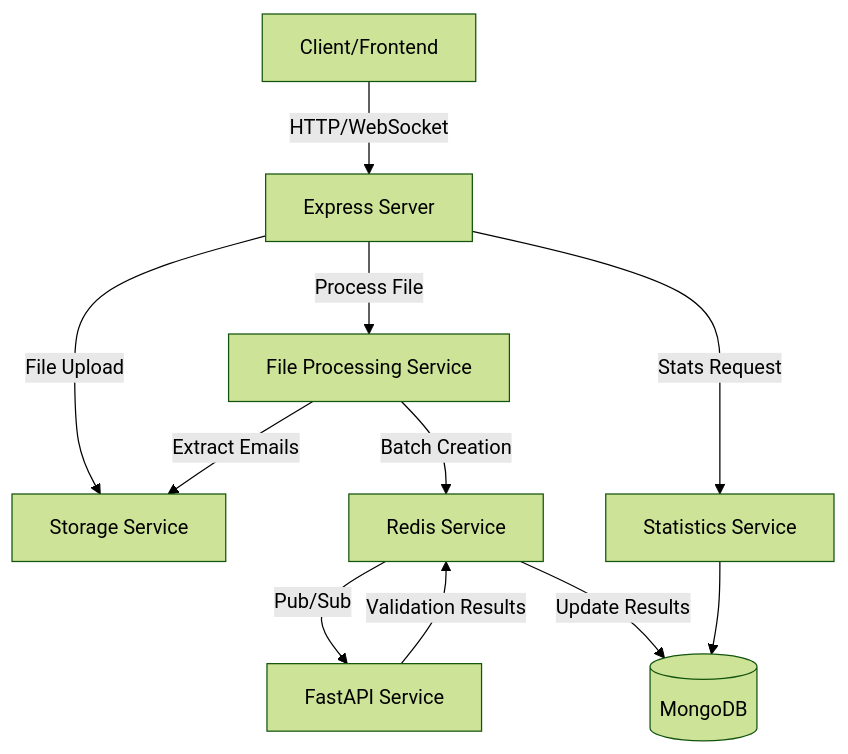
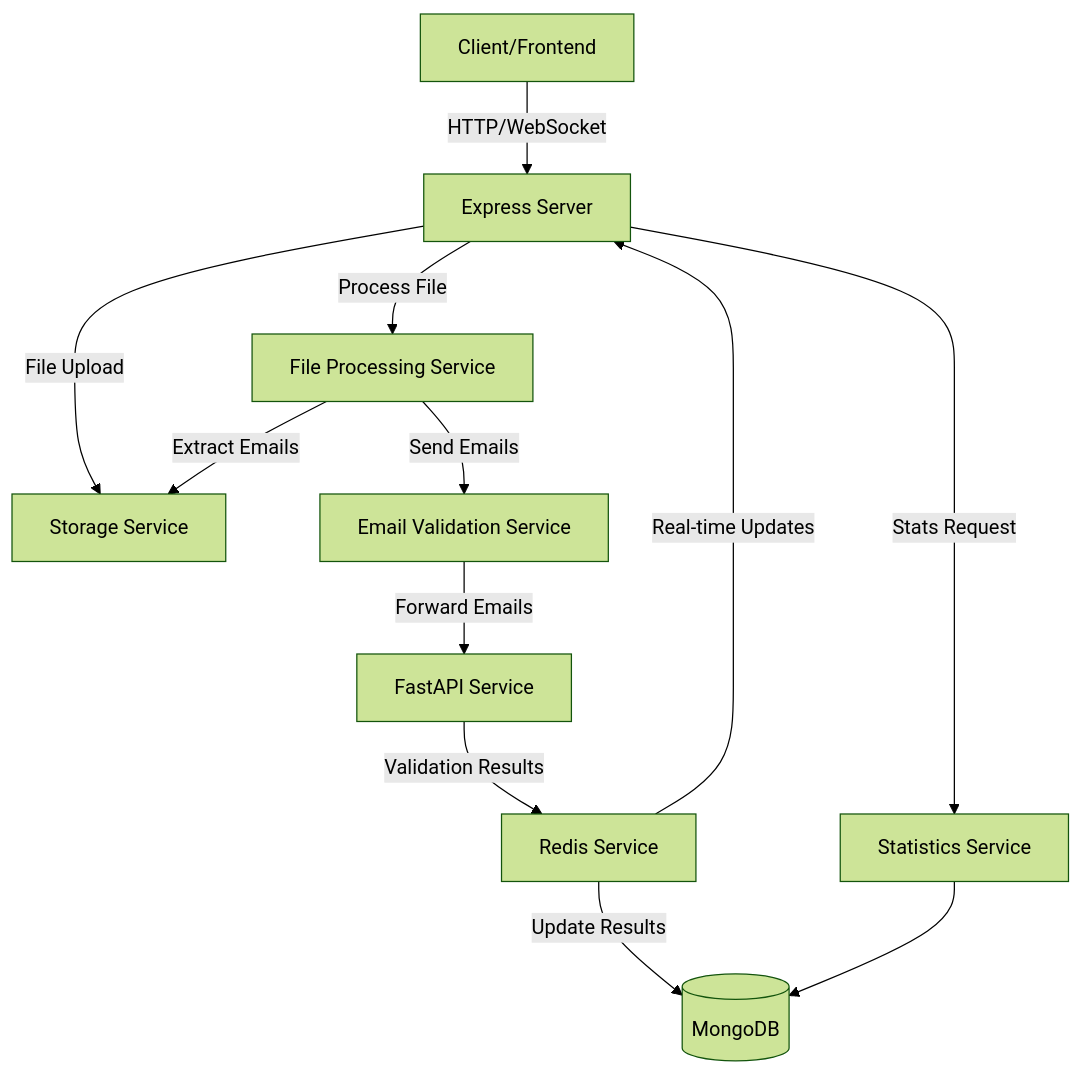
Before and after one commit to hassaanali723/tp-email-verification-tool: the diagram in wiki/nodejs-service/Architecture-Overview.md, drawn with Mermaid (forest theme).

````diff
--- a/wiki/nodejs-service/Architecture-Overview.md
+++ b/wiki/nodejs-service/Architecture-Overview.md
@@ -7,13 +7,14 @@
 ```mermaid
 graph TD
     Client[Client/Frontend] --> |HTTP/WebSocket| Express[Express Server]
     Express --> |File Upload| Storage[Storage Service]
     Express --> |Process File| FileProcessor[File Processing Service]
     FileProcessor --> |Extract Emails| Storage
-    FileProcessor --> |Batch Creation| Redis[Redis Service]
-    Redis --> |Pub/Sub| FastAPI[FastAPI Service]
-    FastAPI --> |Validation Results| Redis
+    FileProcessor --> |Send Emails| EmailValidator[Email Validation Service]
+    EmailValidator --> |Forward Emails| FastAPI[FastAPI Service]
+    FastAPI --> |Validation Results| Redis[Redis Service]
     Redis --> |Update Results| MongoDB[(MongoDB)]
     Express --> |Stats Request| Stats[Statistics Service]
     Stats --> MongoDB
+    Redis --> |Real-time Updates| Express
 ```
````
